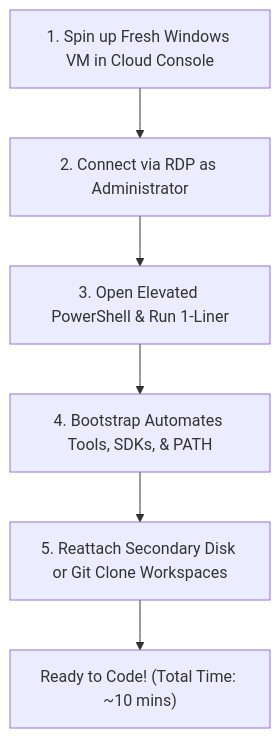
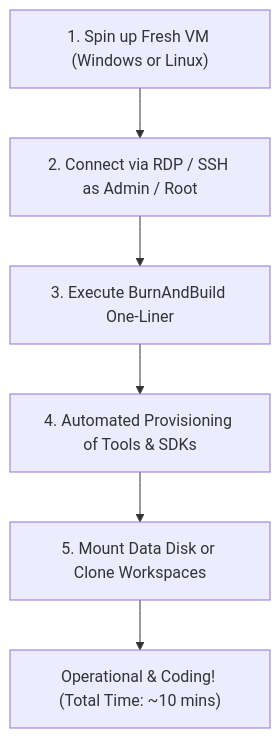
Before and after one commit to Rivalcoder/BurnAndBuild: the diagram in docs/DISASTER_RECOVERY.md, drawn with Mermaid. The commit also changed other lines of this file and 29 other files, not shown here.

````diff
--- a/docs/DISASTER_RECOVERY.md
+++ b/docs/DISASTER_RECOVERY.md
@@ -9,8 +9,8 @@
 ```mermaid
 flowchart TD
-    A["1. Spin up Fresh Windows VM in Cloud Console"] --> B["2. Connect via RDP as Administrator"]
-    B --> C["3. Open Elevated PowerShell & Run 1-Liner"]
-    C --> D["4. Bootstrap Automates Tools, SDKs, & PATH"]
-    D --> E["5. Reattach Secondary Disk or Git Clone Workspaces"]
-    E --> F["Ready to Code! (Total Time: ~10 mins)"]
+    A["1. Spin up Fresh VM (Windows or Linux)"] --> B["2. Connect via RDP / SSH as Admin / Root"]
+    B --> C["3. Execute BurnAndBuild One-Liner"]
+    C --> D["4. Automated Provisioning of Tools & SDKs"]
+    D --> E["5. Mount Data Disk or Clone Workspaces"]
+    E --> F["Operational & Coding! (Total Time: ~10 mins)"]
 ```
````
